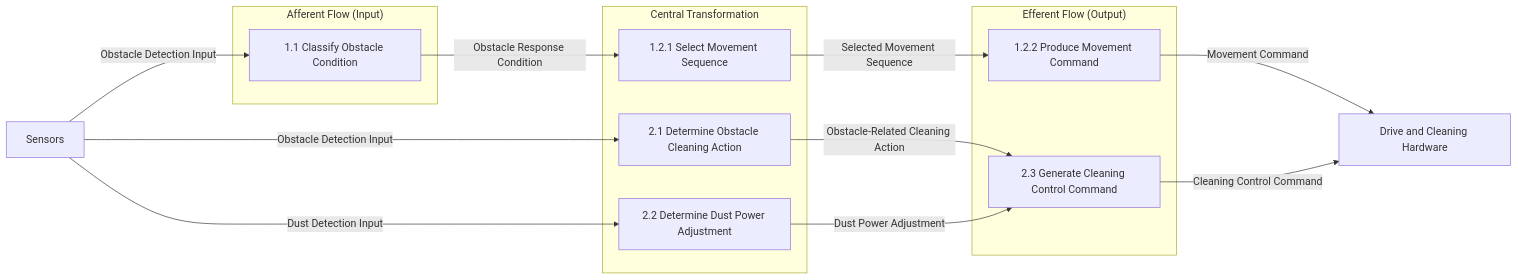
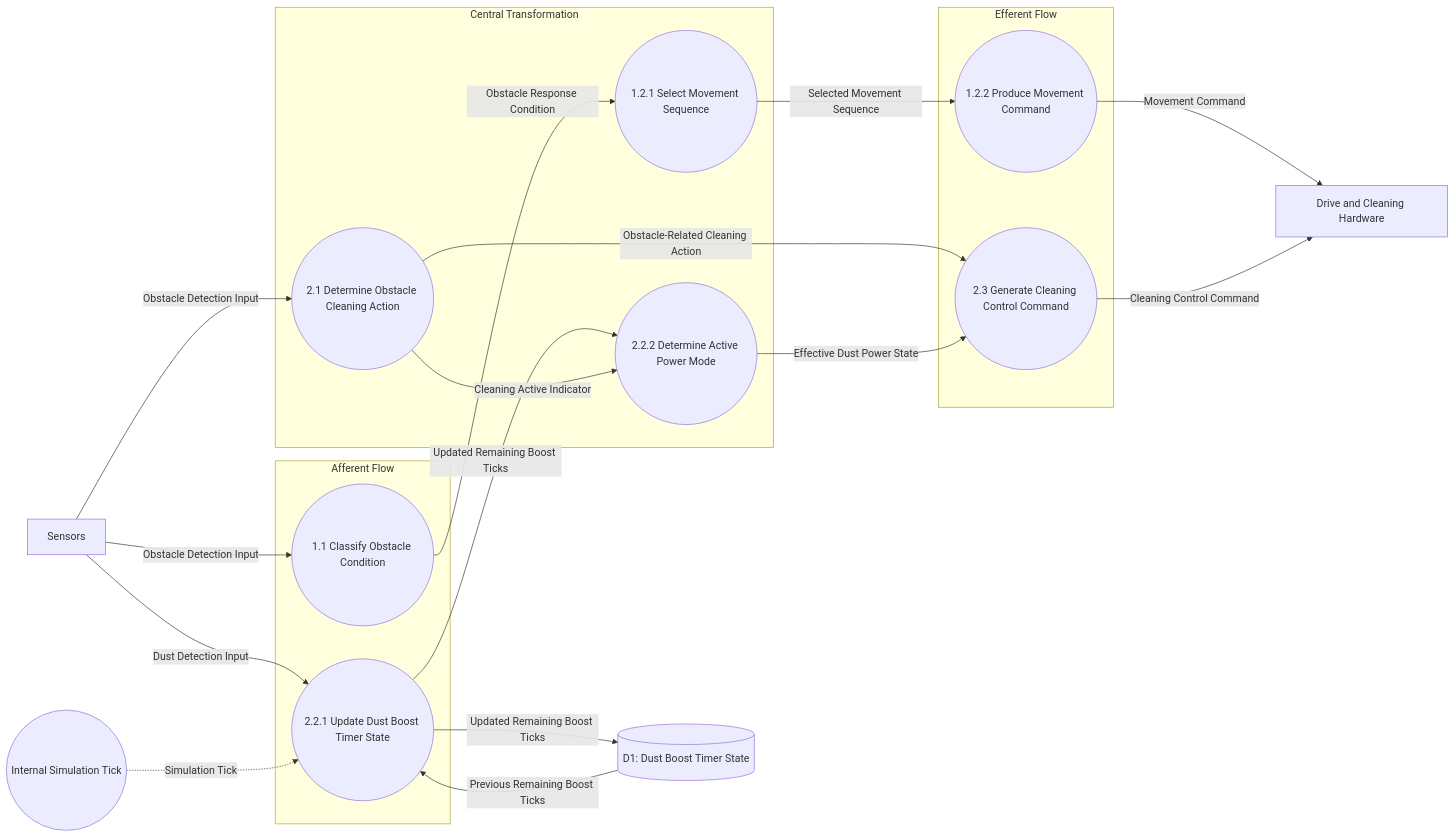
The diagram in artifacts/SD/transform_analysis.md (KONKUK-SWE-2026/RVC-SASD-AI), drawn with Mermaid before and after one commit. The commit also changed other lines of this file and 58 other files, not shown here.

````diff
--- a/artifacts/SD/transform_analysis.md
+++ b/artifacts/SD/transform_analysis.md
@@ -45,31 +40,36 @@
 ```mermaid
 flowchart LR
     Sensors["Sensors"]
+    Clock(("Internal Simulation Tick"))
+    D1[("D1: Dust Boost Timer State")]
 
-    subgraph A["Afferent Flow (Input)"]
-        P11["1.1 Classify Obstacle Condition"]
+    subgraph A["Afferent Flow"]
+        P11(("1.1 Classify Obstacle Condition"))
+        P221(("2.2.1 Update Dust Boost Timer State"))
     end
-
     subgraph C["Central Transformation"]
-        P121["1.2.1 Select Movement Sequence"]
-        P21["2.1 Determine Obstacle Cleaning Action"]
-        P22["2.2 Determine Dust Power Adjustment"]
+        P121(("1.2.1 Select Movement Sequence"))
+        P21(("2.1 Determine Obstacle Cleaning Action"))
+        P222(("2.2.2 Determine Active Power Mode"))
     end
-
-    subgraph E["Efferent Flow (Output)"]
-        P122["1.2.2 Produce Movement Command"]
-        P23["2.3 Generate Cleaning Control Command"]
+    subgraph E["Efferent Flow"]
+        P122(("1.2.2 Produce Movement Command"))
+        P23(("2.3 Generate Cleaning Control Command"))
     end
-
     Hardware["Drive and Cleaning Hardware"]
 
     Sensors -->|Obstacle Detection Input| P11
+    Sensors -->|Obstacle Detection Input| P21
+    Sensors -->|Dust Detection Input| P221
+    Clock -.->|Simulation Tick| P221
+    D1 -->|Previous Remaining Boost Ticks| P221
+    P221 -->|Updated Remaining Boost Ticks| D1
     P11 -->|Obstacle Response Condition| P121
-    Sensors -->|Obstacle Detection Input| P21
-    Sensors -->|Dust Detection Input| P22
     P121 -->|Selected Movement Sequence| P122
+    P122 -->|Movement Command| Hardware
     P21 -->|Obstacle-Related Cleaning Action| P23
-    P22 -->|Dust Power Adjustment| P23
-    P122 -->|Movement Command| Hardware
+    P221 -->|Updated Remaining Boost Ticks| P222
+    P21 -->|Cleaning Active Indicator| P222
+    P222 -->|Effective Dust Power State| P23
     P23 -->|Cleaning Control Command| Hardware
 ```
````
